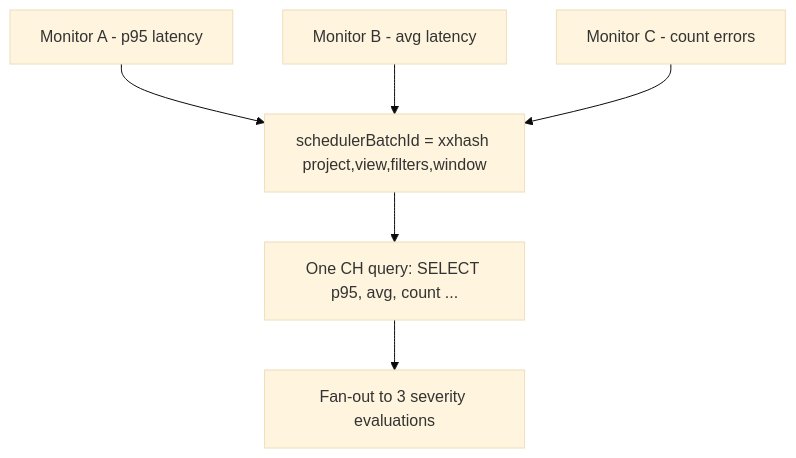
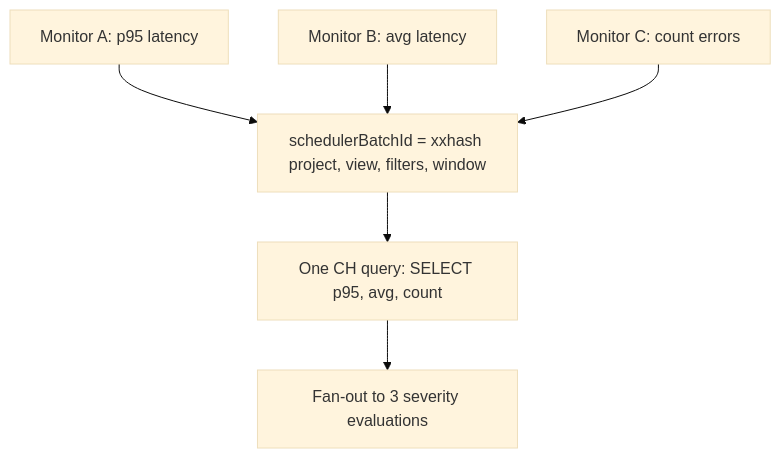
Before and after one commit to langfuse/langfuse-docs: the second of 6 diagrams in content/blog/2026-05-30-designing-monitors-and-alerting.mdx, drawn with Mermaid (base theme). The commit also changed other lines of this file, not shown here.

````diff
--- a/content/blog/2026-05-30-designing-monitors-and-alerting.mdx
+++ b/content/blog/2026-05-30-designing-monitors-and-alerting.mdx
@@ -55,8 +77,8 @@
 ```mermaid
 flowchart TB
-  M1[Monitor A - p95 latency] --> B[schedulerBatchId = xxhash project,view,filters,window]
-  M2[Monitor B - avg latency] --> B
-  M3[Monitor C - count errors] --> B
-  B --> Q1[One CH query: SELECT p95, avg, count ...]
+  M1[Monitor A: p95 latency] --> B[schedulerBatchId = xxhash project, view, filters, window]
+  M2[Monitor B: avg latency] --> B
+  M3[Monitor C: count errors] --> B
+  B --> Q1[One CH query: SELECT p95, avg, count]
   Q1 --> F[Fan-out to 3 severity evaluations]
 ```
````
